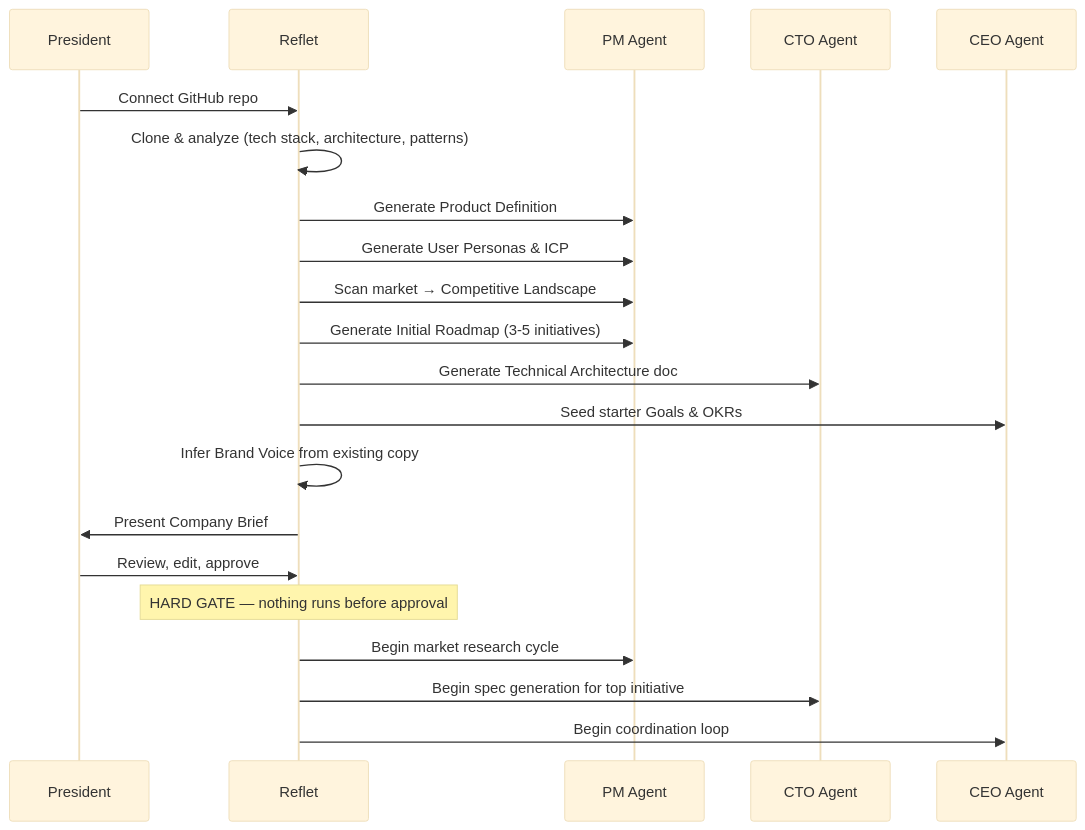
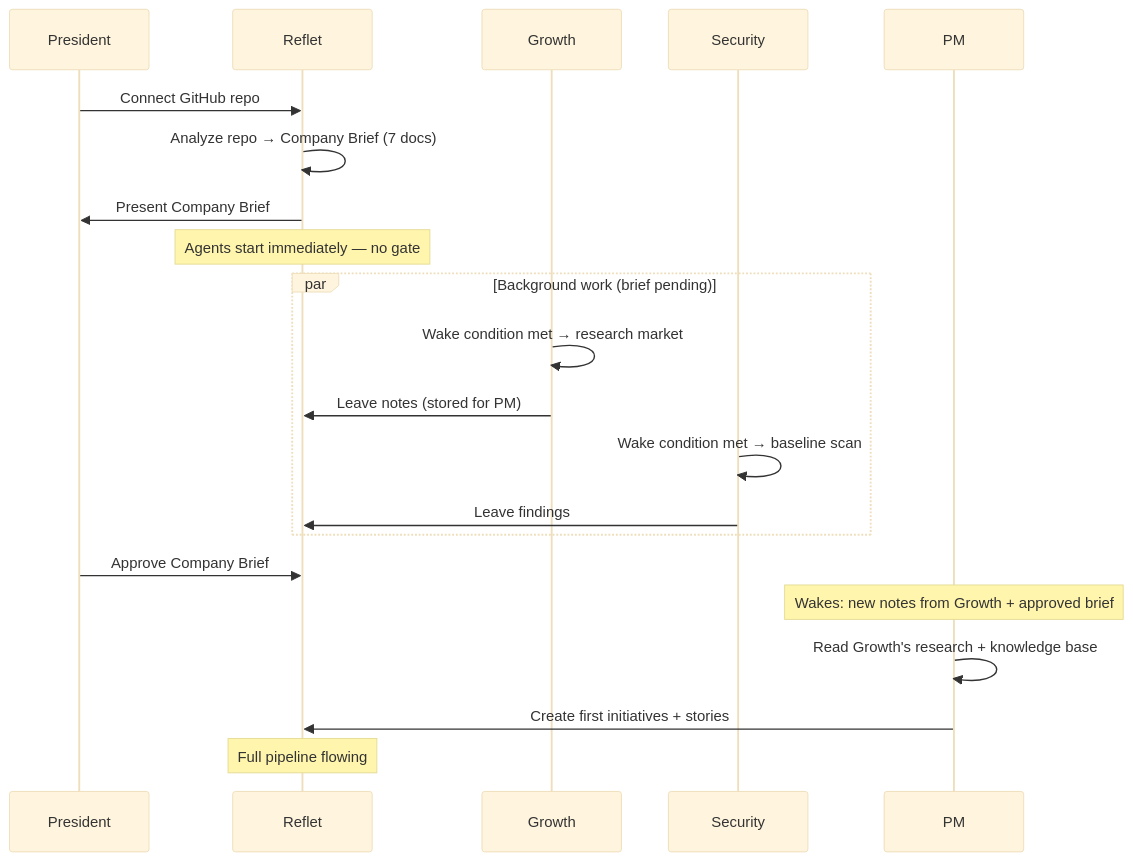
One commit to damien-schneider/reflet changed the seventh of 12 diagrams in docs/autopilot_arch_graph.md. Above: the diagram before and after it, drawn with Mermaid (base theme). The commit also changed other lines of this file and 38 other files, not shown here.

````diff
--- a/docs/autopilot_arch_graph.md
+++ b/docs/autopilot_arch_graph.md
@@ -176,27 +212,30 @@
 ```mermaid
 sequenceDiagram
     participant User as President
     participant System as Reflet
-    participant PM as PM Agent
-    participant CTO as CTO Agent
-    participant CEO as CEO Agent
+    participant Growth as Growth
+    participant Security as Security
+    participant PM as PM
 
     User->>System: Connect GitHub repo
-    System->>System: Clone & analyze (tech stack, architecture, patterns)
-    System->>PM: Generate Product Definition
-    System->>PM: Generate User Personas & ICP
-    System->>PM: Scan market → Competitive Landscape
-    System->>PM: Generate Initial Roadmap (3-5 initiatives)
-    System->>CTO: Generate Technical Architecture doc
-    System->>CEO: Seed starter Goals & OKRs
-    System->>System: Infer Brand Voice from existing copy
+    System->>System: Analyze repo → Company Brief (7 docs)
+    System->>User: Present Company Brief
 
-    System->>User: Present Company Brief
-    User->>System: Review, edit, approve
+    Note over System: Agents start immediately — no gate
 
-    Note over System: HARD GATE — nothing runs before approval
+    par Background work (brief pending)
+        Growth->>Growth: Wake condition met → research market
+        Growth->>System: Leave notes (stored for PM)
+        Security->>Security: Wake condition met → baseline scan
+        Security->>System: Leave findings
+    end
 
-    System->>PM: Begin market research cycle
-    System->>CTO: Begin spec generation for top initiative
-    System->>CEO: Begin coordination loop
+    User->>System: Approve Company Brief
+
+    Note over PM: Wakes: new notes from Growth + approved brief
+
+    PM->>PM: Read Growth's research + knowledge base
+    PM->>System: Create first initiatives + stories
+
+    Note over System: Full pipeline flowing
 ```
````
